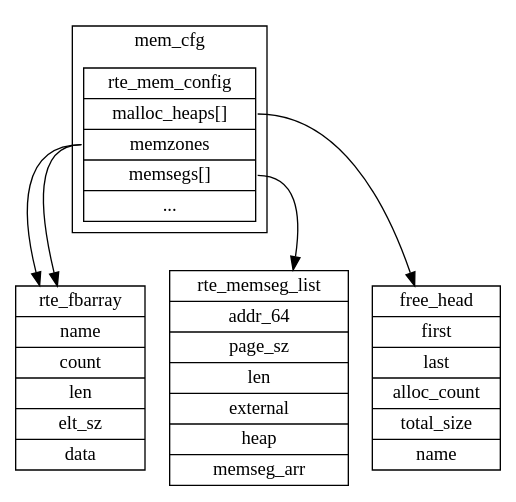
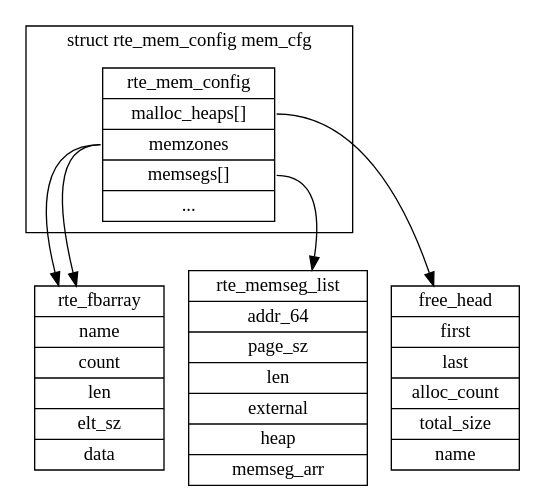
Before and after one commit to sisyphus1212/note: the diagram in dpdk/内存管理.md, drawn with Graphviz.

Commit message:
auto_update

````diff
--- a/dpdk/内存管理.md
+++ b/dpdk/内存管理.md
@@ -16,55 +16,55 @@
 ```graphviz
 digraph {
 	subgraph cluster_mem_cfg {
-		label="mem_cfg";
+		label="struct rte_mem_config mem_cfg";
 		mem_cfg [
 			label = "{
 			<f0>rte_mem_config|
 			<f1>malloc_heaps[]|
 			<f2>memzones|
 			<f3>memsegs[]|
 			<f4>...
 			}",
 			shape = "record"
 		];
 	}
 	rte_fbarray[
 		label = "{
 		rte_fbarray|
         name|
 		count|
 		len|
 		elt_sz|
 		data
 		}",
 		shape = "record"
 	];
 	rte_memseg_list[
 		label = "{
 		<f0>rte_memseg_list|
 		<f1>addr_64|
 		<f2>page_sz|
 		<f3>len|
 		<f4>external|
 		<f5>heap |
 		<f6>memseg_arr
 		}",
 		shape = "record"
 	];
 	malloc_heap[
 		label = "{
 		free_head|
 		first|
         last|
 		alloc_count|
 		total_size|
 		name
 		}",
 		shape = "record"
 	];
 	mem_cfg :f1 -> malloc_heap
 	mem_cfg :f2 -> rte_fbarray
 	mem_cfg :f3 -> rte_memseg_list
 	mem_cfg :f6 -> rte_fbarray
 }
 ```
````
